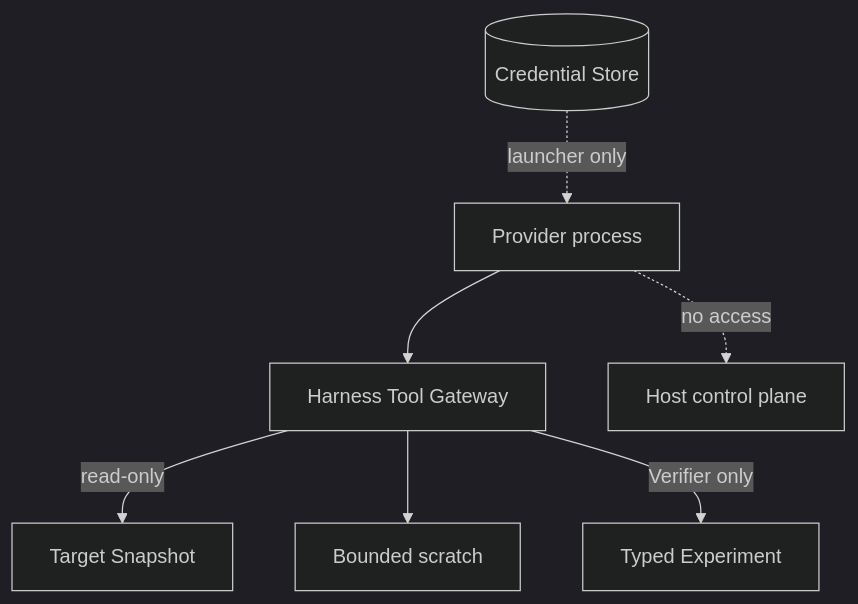
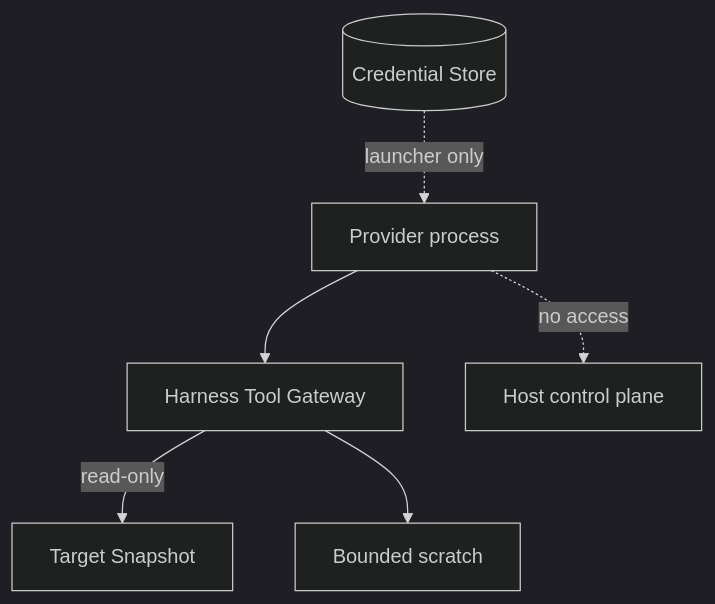
One commit to momoponwork1415-lgtm/wordpress-harness changed the fourth of 5 diagrams in docs/design/model-execution-seam.md. Above: the diagram before and after it, drawn with Mermaid (dark theme). The commit also changed other lines of this file and 25 other files, not shown here.

````diff
--- a/docs/design/model-execution-seam.md
+++ b/docs/design/model-execution-seam.md
@@ -100,17 +100,15 @@
 ```mermaid
 flowchart TB
     provider["Provider process"]
     gateway["Harness Tool Gateway"]
     target["Target Snapshot"]
     scratch["Bounded scratch"]
-    lab["Typed Experiment"]
     secrets[("Credential Store")]
     host["Host control plane"]
 
     provider --> gateway
     gateway -->|"read-only"| target
     gateway --> scratch
-    gateway -->|"Verifier only"| lab
     secrets -. "launcher only" .-> provider
     provider -. "no access" .-> host
 ```
````
